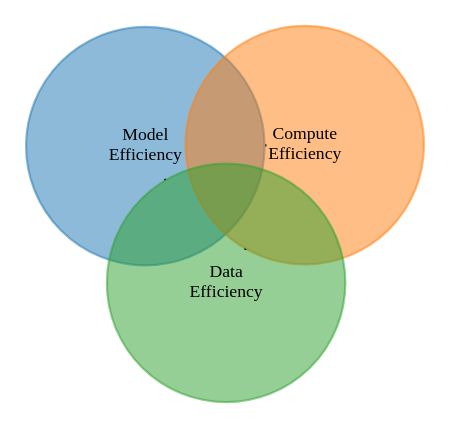
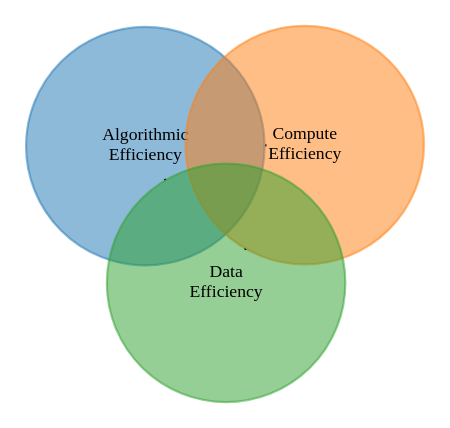
Before and after one commit to harvard-edge/cs249r_book: the second of 2 diagrams in contents/core/efficient_ai/efficient_ai.qmd, drawn with Graphviz. The commit also changed other lines of this file and 1 other file, not shown here.

Commit message:
Remove incorrect bib

````diff
--- a/contents/core/efficient_ai/efficient_ai.qmd
+++ b/contents/core/efficient_ai/efficient_ai.qmd
@@ -219,29 +219,29 @@
 ```{dot}
 //| label: fig-interdependece
 //| fig-width: 4
 //| fig-cap: |
 //|   Interdependence of the different efficiency dimensions.
 
 graph Transparency {
     layout=neato; // Controls automatic positioning
     margin=0; // Remove extra margins
 
     // General node styling
     node [
         shape=circle, 
         width=1.5, 
         style=filled, 
         fontcolor=black, 
         fontsize=8
     ];
 
     // Define nodes with labels and Quarto-compatible colors
-    1 [label="Model\nEfficiency", color="#1f77b480"];       // Quarto blue with transparency
-    2 [label="Compute\nEfficiency", color="#ff7f0e80"];     // Soft orange with transparency
-    3 [label="Data\nEfficiency", color="#2ca02c80"];        // Muted green with transparency
+    1 [label="Algorithmic\nEfficiency", color="#1f77b480"];         // Quarto blue with transparency
+    2 [label="Compute\nEfficiency", color="#ff7f0e80"];             // Soft orange with transparency
+    3 [label="Data\nEfficiency", color="#2ca02c80"];                // Muted green with transparency
 
     // Edges to form connections between nodes
     1 -- 2 -- 3 -- 1;
 }
 
 ```
````
